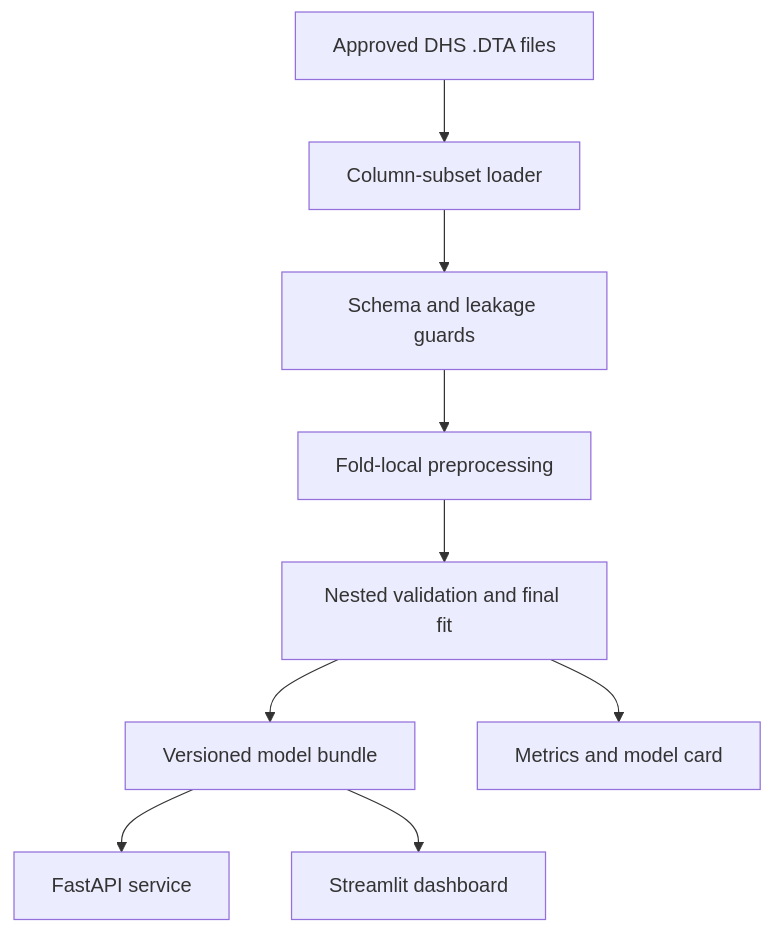
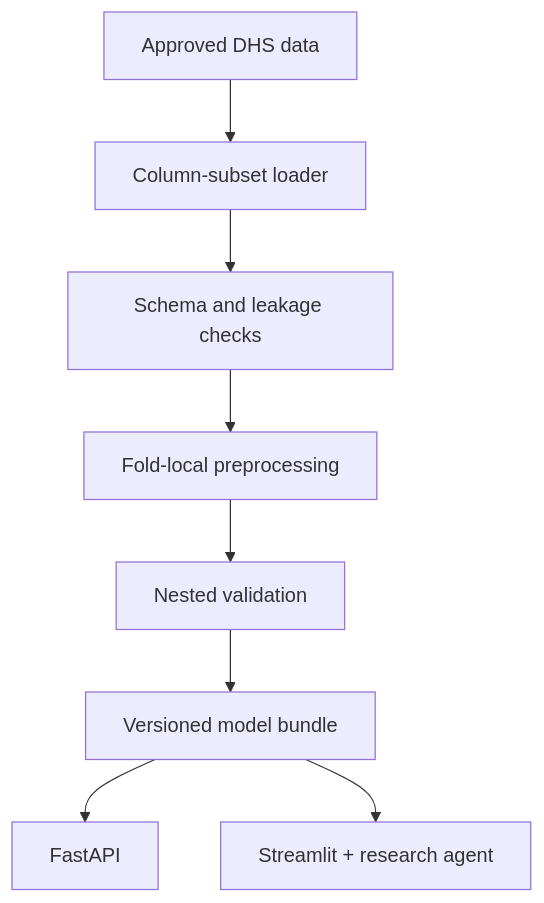
One commit to rjraunak04/nfhs5-high-parity-ml changed the diagram in README.md. Above: the diagram before and after it, drawn with Mermaid. The commit also changed other lines of this file and 3 other files, not shown here.

````diff
--- a/README.md
+++ b/README.md
@@ -63,11 +45,10 @@
 ```mermaid
 flowchart TD
-    A["Approved DHS .DTA files"] --> B["Column-subset loader"]
-    B --> C["Schema and leakage guards"]
+    A["Approved DHS data"] --> B["Column-subset loader"]
+    B --> C["Schema and leakage checks"]
     C --> D["Fold-local preprocessing"]
-    D --> E["Nested validation and final fit"]
+    D --> E["Nested validation"]
     E --> F["Versioned model bundle"]
-    F --> G["FastAPI service"]
-    F --> H["Streamlit dashboard"]
-    E --> I["Metrics and model card"]
+    F --> G["FastAPI"]
+    F --> H["Streamlit + research agent"]
 ```
````
